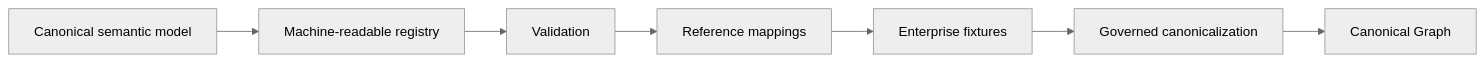
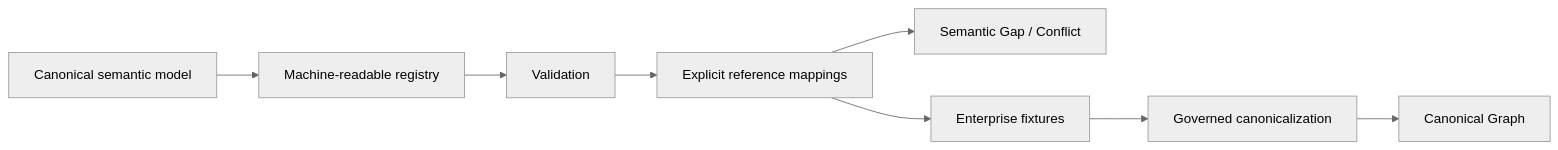
The second of 2 diagrams in docs/README.md (miumigy/scm-ontology), drawn with Mermaid (neutral theme) before and after one commit. The commit also changed other lines of this file, not shown here.

Commit message:
docs: index reference canonicalization

````diff
--- a/docs/README.md
+++ b/docs/README.md
@@ -36,9 +37,10 @@
 ```mermaid
 flowchart LR
     MODEL[Canonical semantic model] --> REG[Machine-readable registry]
     REG --> VALIDATE[Validation]
-    VALIDATE --> MAP[Reference mappings]
+    VALIDATE --> MAP[Explicit reference mappings]
+    MAP --> GAP[Semantic Gap / Conflict]
     MAP --> FIX[Enterprise fixtures]
     FIX --> CAN[Governed canonicalization]
     CAN --> GRAPH[Canonical Graph]
 ```
````
